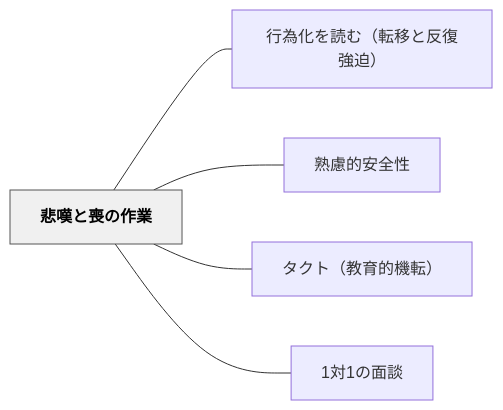
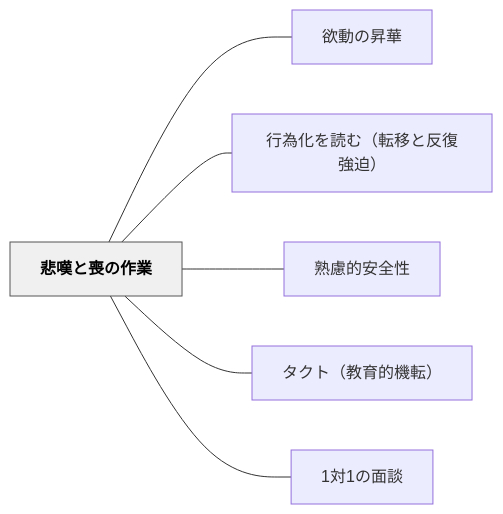
The diagram in content/パタン/悲嘆と喪の作業.md (unknownthings-ed-patterns/unknownthings-ed-patterns), drawn with Mermaid before and after one commit. The commit also changed other lines of this file and 185 other files, not shown here.

````diff
--- a/content/パタン/悲嘆と喪の作業.md
+++ b/content/パタン/悲嘆と喪の作業.md
@@ -148,16 +149,18 @@
 ```mermaid
 flowchart LR
     ne682b2e59886e381a8e596aae381aee4bd9ce6a5ad["悲嘆と喪の作業"]
+    ne6acb2e58b95e381aee69887e88faf["欲動の昇華"]
     ne8a18ce782bae58c96e38292e8aaade38280efbc88e8bba2e7a7bbe381a8e58f8de5bea9e5bcb7e8bfabefbc89["行為化を読む（転移と反復強迫）"]
     ne7869fe685aee79a84e5ae89e585a8e680a7["熟慮的安全性"]
     ne382bfe382afe38388efbc88e69599e882b2e79a84e6a99fe8bba2efbc89["タクト（教育的機転）"]
     n31e5afbe31e381aee99da2e8ab87["1対1の面談"]
 
+    ne682b2e59886e381a8e596aae381aee4bd9ce6a5ad --- ne6acb2e58b95e381aee69887e88faf
     ne682b2e59886e381a8e596aae381aee4bd9ce6a5ad --- ne8a18ce782bae58c96e38292e8aaade38280efbc88e8bba2e7a7bbe381a8e58f8de5bea9e5bcb7e8bfabefbc89
     ne682b2e59886e381a8e596aae381aee4bd9ce6a5ad --- ne7869fe685aee79a84e5ae89e585a8e680a7
     ne682b2e59886e381a8e596aae381aee4bd9ce6a5ad --- ne382bfe382afe38388efbc88e69599e882b2e79a84e6a99fe8bba2efbc89
     ne682b2e59886e381a8e596aae381aee4bd9ce6a5ad --- n31e5afbe31e381aee99da2e8ab87
 
     classDef hub fill:#f0f0f0,stroke:#555,color:#000,font-weight:bold
     class ne682b2e59886e381a8e596aae381aee4bd9ce6a5ad hub
 ```
````
